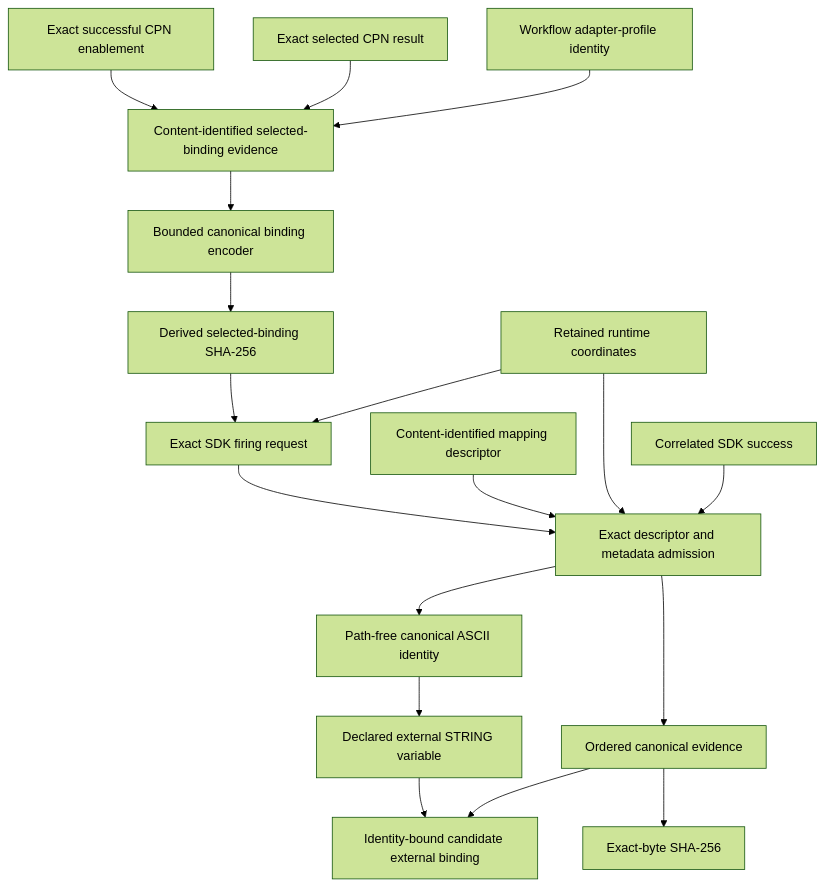
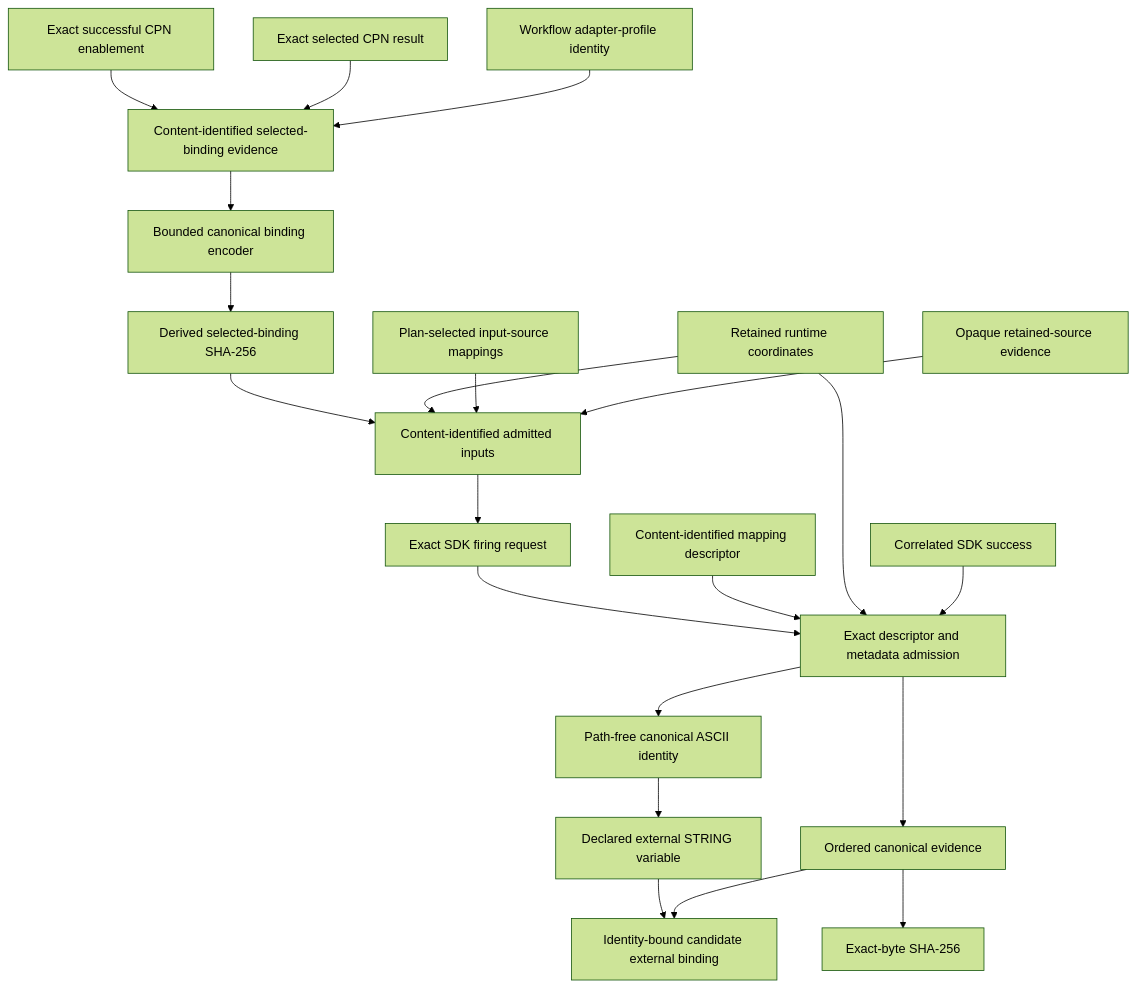
The diagram in docs/architecture/projectkoios/workflow/sdk/actions/TransitionActionBinding/schematic.md (eragasa/projectkoios-workflow), drawn with Mermaid (forest theme) before and after one commit. The commit also changed other lines of this file and 23 other files, not shown here.

Commit message:
feat: correlate pure-action inputs with retained sources

````diff
--- a/docs/architecture/projectkoios/workflow/sdk/actions/TransitionActionBinding/schematic.md
+++ b/docs/architecture/projectkoios/workflow/sdk/actions/TransitionActionBinding/schematic.md
@@ -5,37 +5,43 @@
 ```mermaid
 flowchart TD
     EN[Exact successful CPN enablement]
     SR[Exact selected CPN result]
     SE[Content-identified selected-binding evidence]
     P[Workflow adapter-profile identity]
     K[Bounded canonical binding encoder]
     D[Derived selected-binding SHA-256]
     C[Retained runtime coordinates]
+    IM[Plan-selected input-source mappings]
+    IS[Opaque retained-source evidence]
+    IA[Content-identified admitted inputs]
     Q[Exact SDK firing request]
     M[Content-identified mapping descriptor]
     R[Correlated SDK success]
     A[Exact descriptor and metadata admission]
     I[Path-free canonical ASCII identity]
     V[Declared external STRING variable]
     E[Ordered canonical evidence]
     H[Exact-byte SHA-256]
     X[Identity-bound candidate external binding]
 
     EN --> SE
     SR --> SE
     P --> SE
     SE --> K
     K --> D
-    D --> Q
-    C --> Q
+    D --> IA
+    C --> IA
+    IM --> IA
+    IS --> IA
+    IA --> Q
     Q --> A
     M --> A
     C --> A
     R --> A
     A --> I
     I --> V
     V --> X
     A --> E
     E --> H
     E --> X
 ```
````
